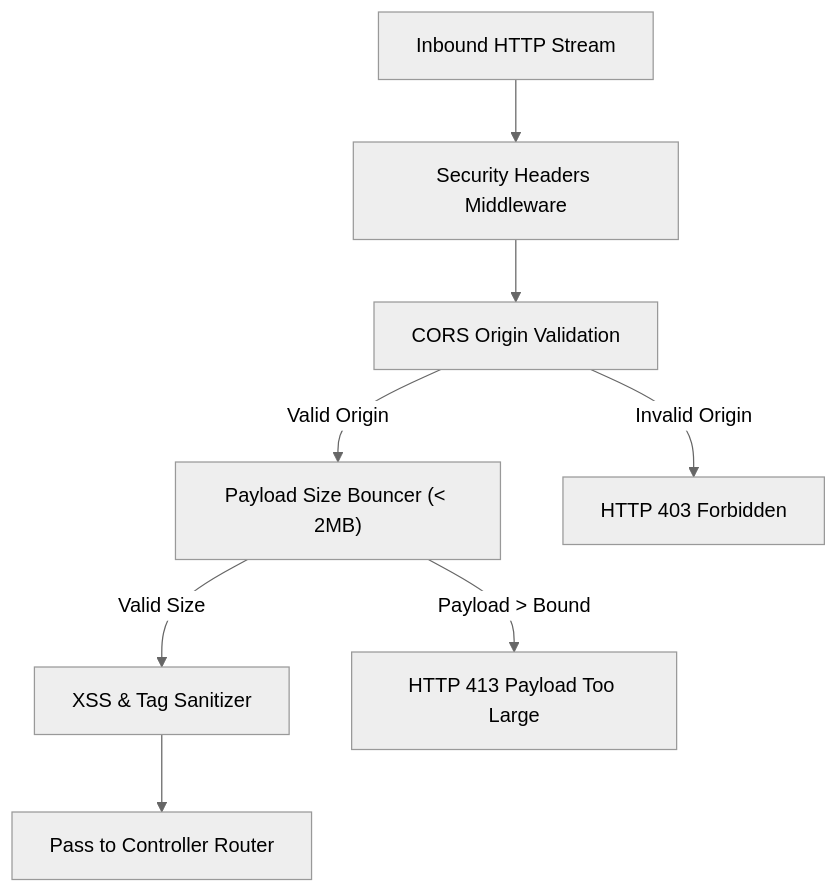
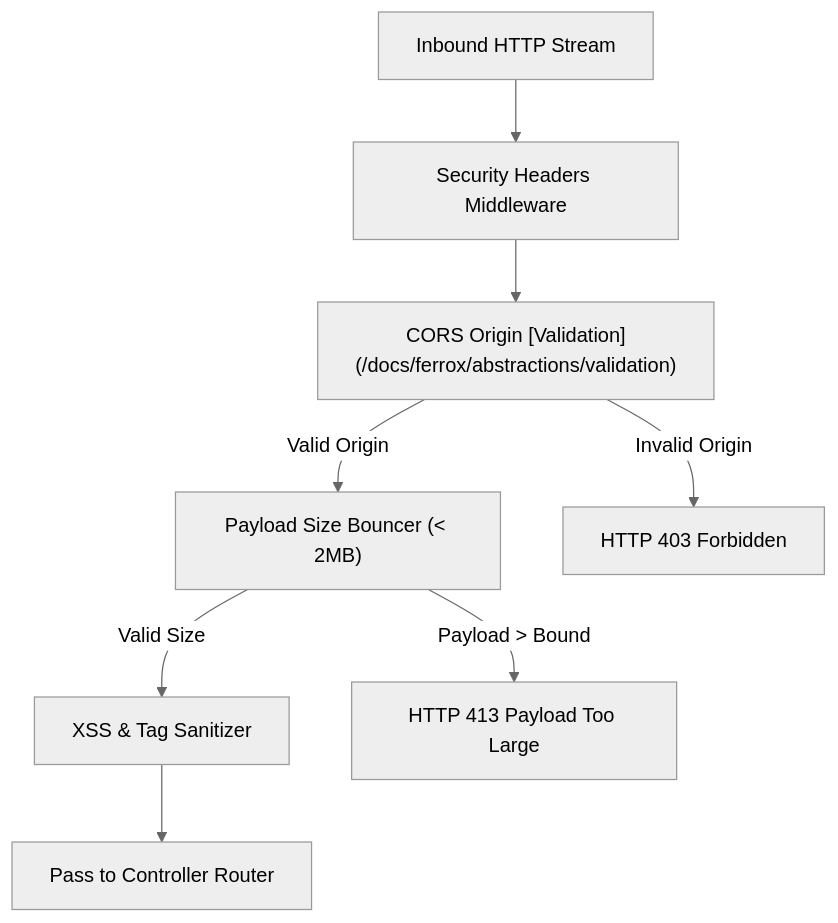
Before and after one commit to AI-Autistic-Intelligence/ferrox-docs: the diagram in docs/nestjs-yalc/security/sentinel.md, drawn with Mermaid (neutral theme). The commit also changed other lines of this file and 121 other files, not shown here.

````diff
--- a/docs/nestjs-yalc/security/sentinel.md
+++ b/docs/nestjs-yalc/security/sentinel.md
@@ -24,17 +24,17 @@
 ```mermaid
 flowchart TD
     Inbound["Inbound HTTP Stream"]
     HeaderCheck["Security Headers Middleware"]
-    CorsCheck["CORS Origin Validation"]
+    CorsCheck["CORS Origin [Validation](/docs/ferrox/abstractions/validation)"]
     SizeCheck["Payload Size Bouncer (< 2MB)"]
     Sanitizer["XSS & Tag Sanitizer"]
     Next["Pass to Controller Router"]
 
     Inbound --> HeaderCheck
     HeaderCheck --> CorsCheck
     CorsCheck -->|Invalid Origin| RejectCors["HTTP 403 Forbidden"]
     CorsCheck -->|Valid Origin| SizeCheck
     SizeCheck -->|Payload > Bound| RejectSize["HTTP 413 Payload Too Large"]
     SizeCheck -->|Valid Size| Sanitizer
     Sanitizer --> Next
 ```
````
